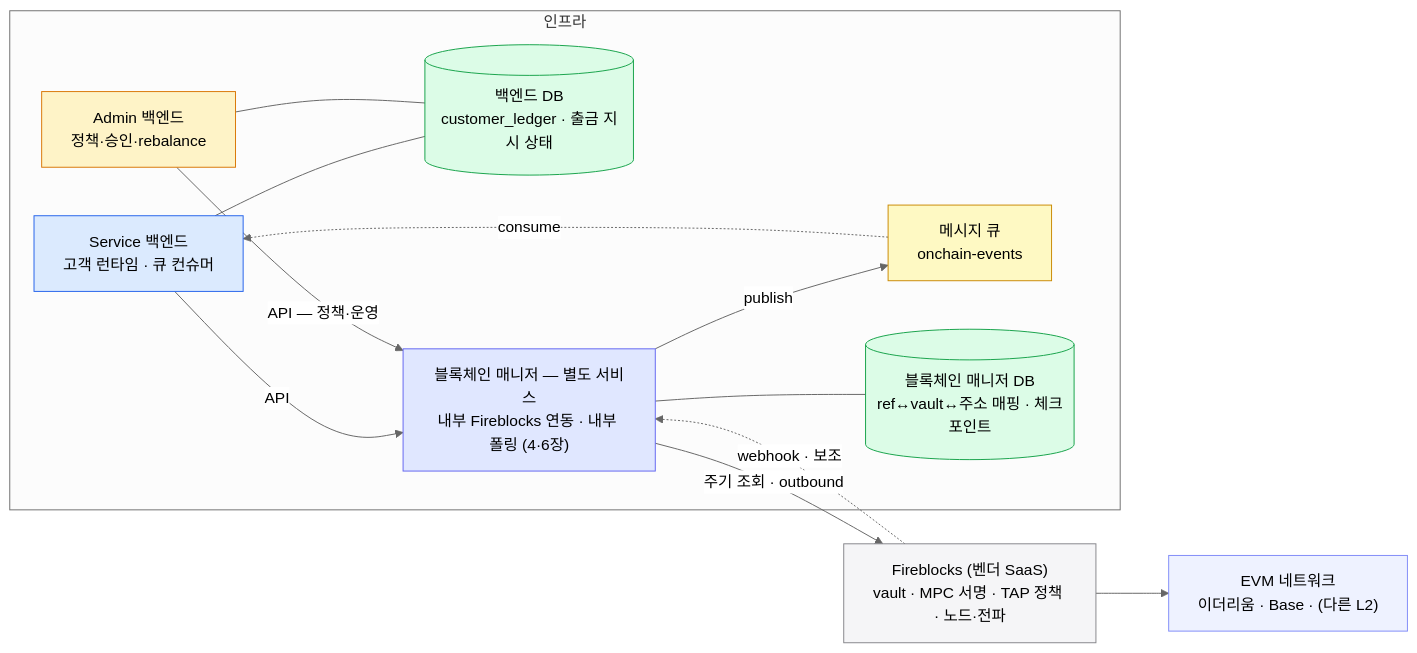
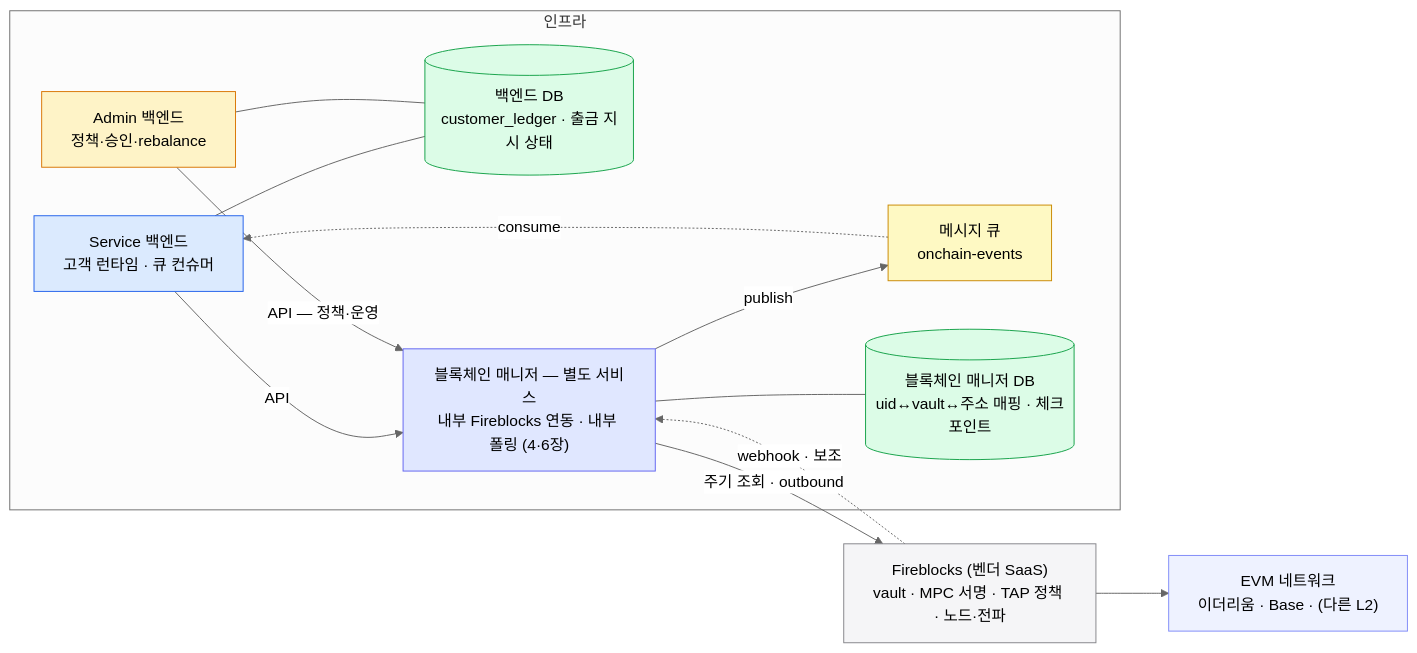
One commit to eunsujeo/eunpus changed the fourth of 4 diagrams in blockchain-manager/docs/블록체인매니저/설계/09-switch-extend.md. Above: the diagram before and after it, drawn with Mermaid (neutral theme). The commit also changed 2 other files, not shown here.

Commit message:
1장 리뷰 반영: ref→uid, → 리턴, "체인과 무관" 제거, 중복방어 절 축약
- createAccount 파라미터·매핑 식별자 ref → uid (00·09 DB 노드 라벨도 일관 반영)
- 시그니처의 → 를 "리턴" 으로
- 카드 리드에서 "체인과 무관한" 제거 (헤딩 EVM 공통과 중복)
- 재시도·중복 방어 3불릿 → 2불릿으로 축약

````diff
--- a/blockchain-manager/docs/블록체인매니저/설계/09-switch-extend.md
+++ b/blockchain-manager/docs/블록체인매니저/설계/09-switch-extend.md
@@ -125,33 +125,33 @@
 ```mermaid
 flowchart LR
     subgraph OUR["인프라"]
       SAPI["Service 백엔드<br/>고객 런타임 · 큐 컨슈머"]
       AAPI["Admin 백엔드<br/>정책·승인·rebalance"]
       DB[("백엔드 DB<br/>customer_ledger · 출금 지시 상태")]
       MQ["메시지 큐<br/>onchain-events"]
       BM["블록체인 매니저 — 별도 서비스<br/>내부 Fireblocks 연동 · 내부 폴링 (4·6장)"]
-      BMDB[("블록체인 매니저 DB<br/>ref↔vault↔주소 매핑 · 체크포인트")]
+      BMDB[("블록체인 매니저 DB<br/>uid↔vault↔주소 매핑 · 체크포인트")]
     end
     FB["Fireblocks (벤더 SaaS)<br/>vault · MPC 서명 · TAP 정책 · 노드·전파"]
     EVM["EVM 네트워크<br/>이더리움 · Base · (다른 L2)"]
 
     SAPI -->|API| BM
     AAPI -->|API — 정책·운영| BM
     BM -->|publish| MQ
     MQ -.->|consume| SAPI
     SAPI --- DB
     AAPI --- DB
     BM --- BMDB
     BM -->|주기 조회 · outbound| FB
     FB -.->|webhook · 보조| BM
     FB --> EVM
 
     classDef svc fill:#dbeafe,stroke:#2563eb;
     classDef adm fill:#fef3c7,stroke:#d97706;
     classDef data fill:#dcfce7,stroke:#16a34a;
     classDef mgr fill:#e0e7ff,stroke:#6366f1;
     classDef vendor fill:#f5f5f7,stroke:#86868b;
     classDef ext fill:#eef2ff,stroke:#818cf8;
     classDef mq fill:#fef9c3,stroke:#ca8a04;
     class SAPI svc; class AAPI adm; class DB,BMDB data; class BM mgr; class FB vendor; class EVM ext; class MQ mq;
 ```
````
